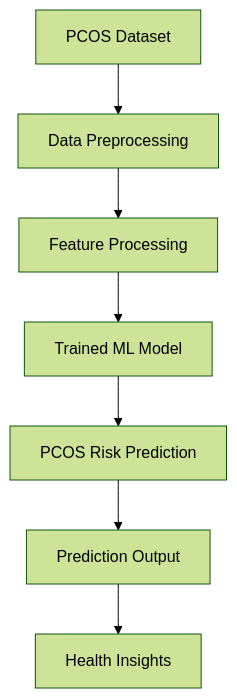
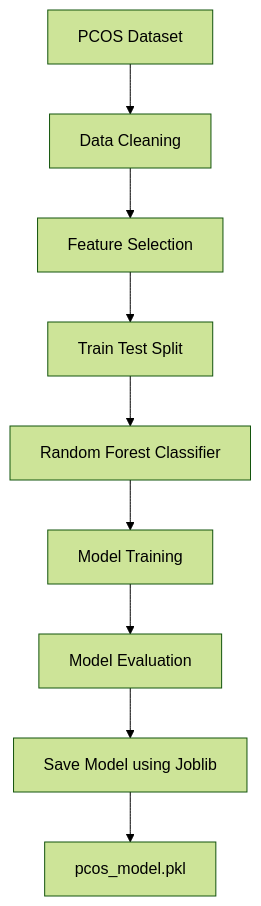
The second of 3 diagrams in README.md (NelluriVarsha/FemCare-AI), drawn with Mermaid (forest theme) before and after one commit. The commit also changed other lines of this file, not shown here.

````diff
--- a/README.md
+++ b/README.md
@@ -127,9 +116,11 @@
 ```mermaid
 flowchart TD
-    A[PCOS Dataset] --> B[Data Preprocessing]
-    B --> C[Feature Processing]
-    C --> D[Trained ML Model]
-    D --> E[PCOS Risk Prediction]
-    E --> F[Prediction Output]
-    F --> G[Health Insights]
+    A[PCOS Dataset] --> B[Data Cleaning]
+    B --> C[Feature Selection]
+    C --> D[Train Test Split]
+    D --> E[Random Forest Classifier]
+    E --> F[Model Training]
+    F --> G[Model Evaluation]
+    G --> H[Save Model using Joblib]
+    H --> I[pcos_model.pkl]
 ```
````
